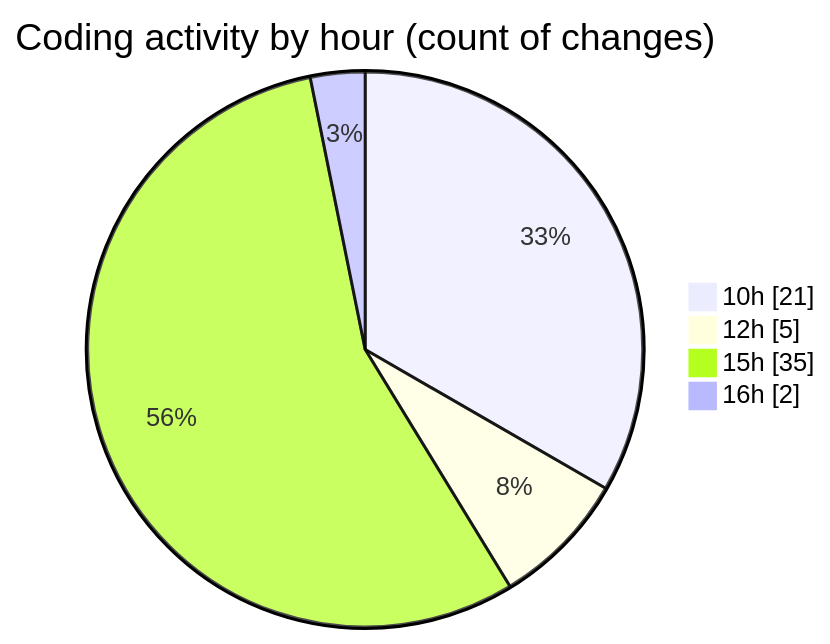
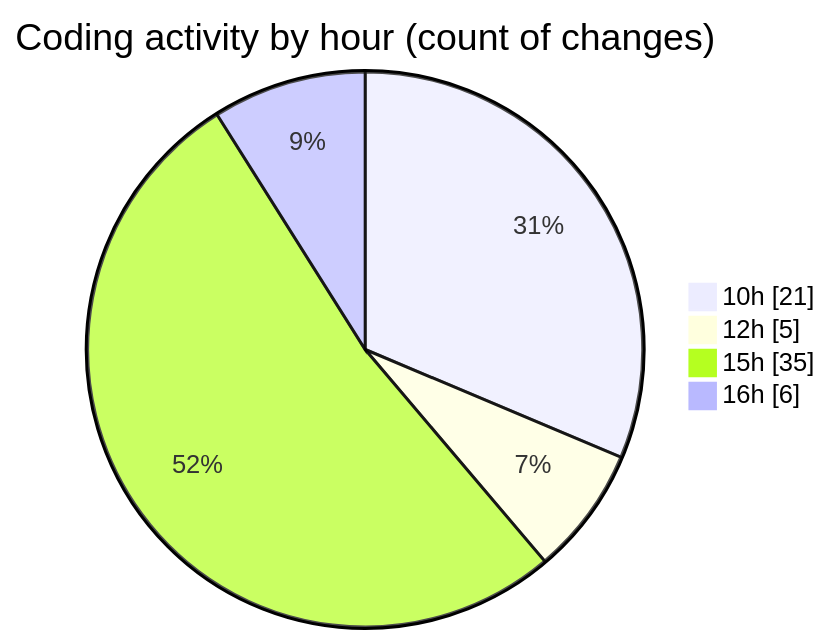
One commit to momahboobian/code-tracking changed the second of 2 diagrams in 2025-08-27/cda/README.md. Above: the diagram before and after it, drawn with Mermaid. The commit also changed other lines of this file and 1 other file, not shown here.

````diff
--- a/2025-08-27/cda/README.md
+++ b/2025-08-27/cda/README.md
@@ -38,8 +38,8 @@
 ```mermaid
 pie showData
 title Coding activity by hour (count of changes)
 "10h" : 21
 "12h" : 5
 "15h" : 35
-"16h" : 2
+"16h" : 6
 ```
````
